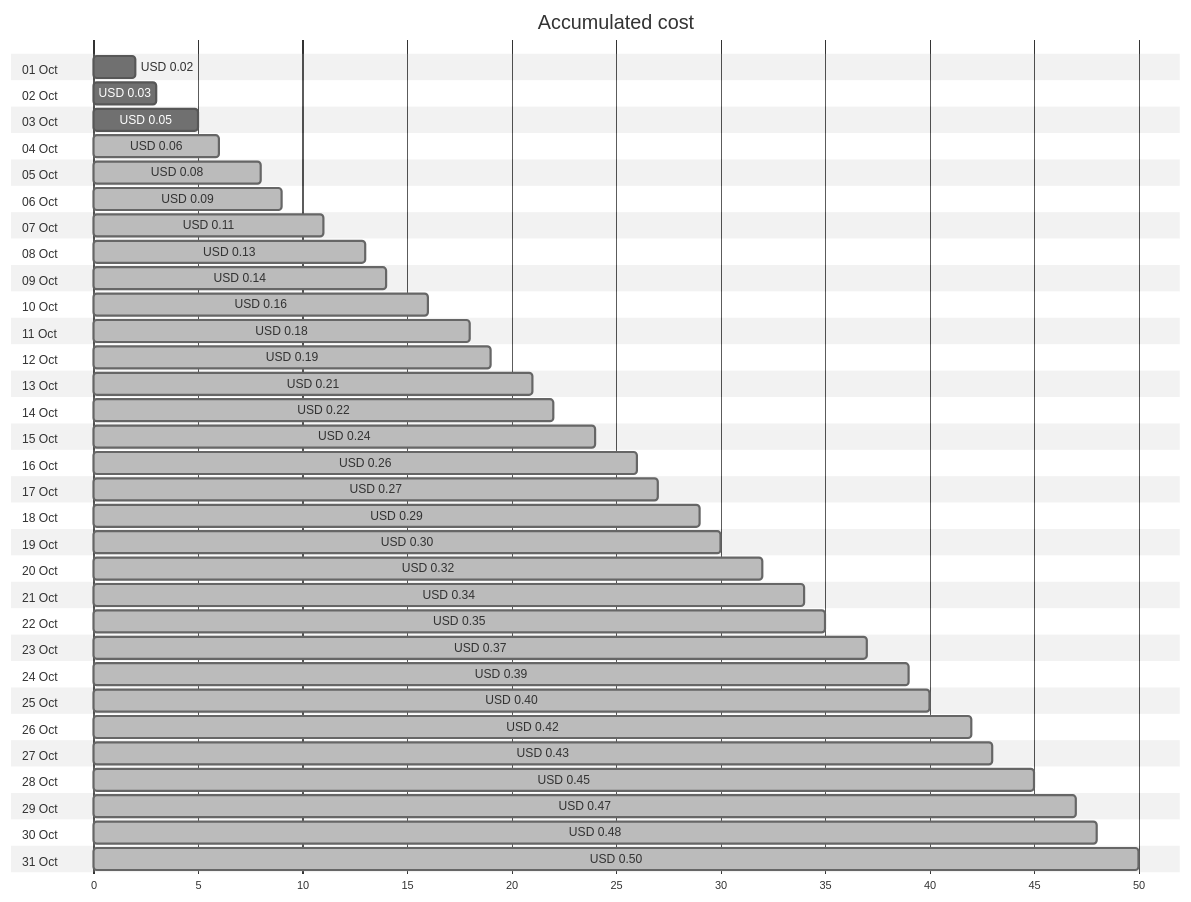
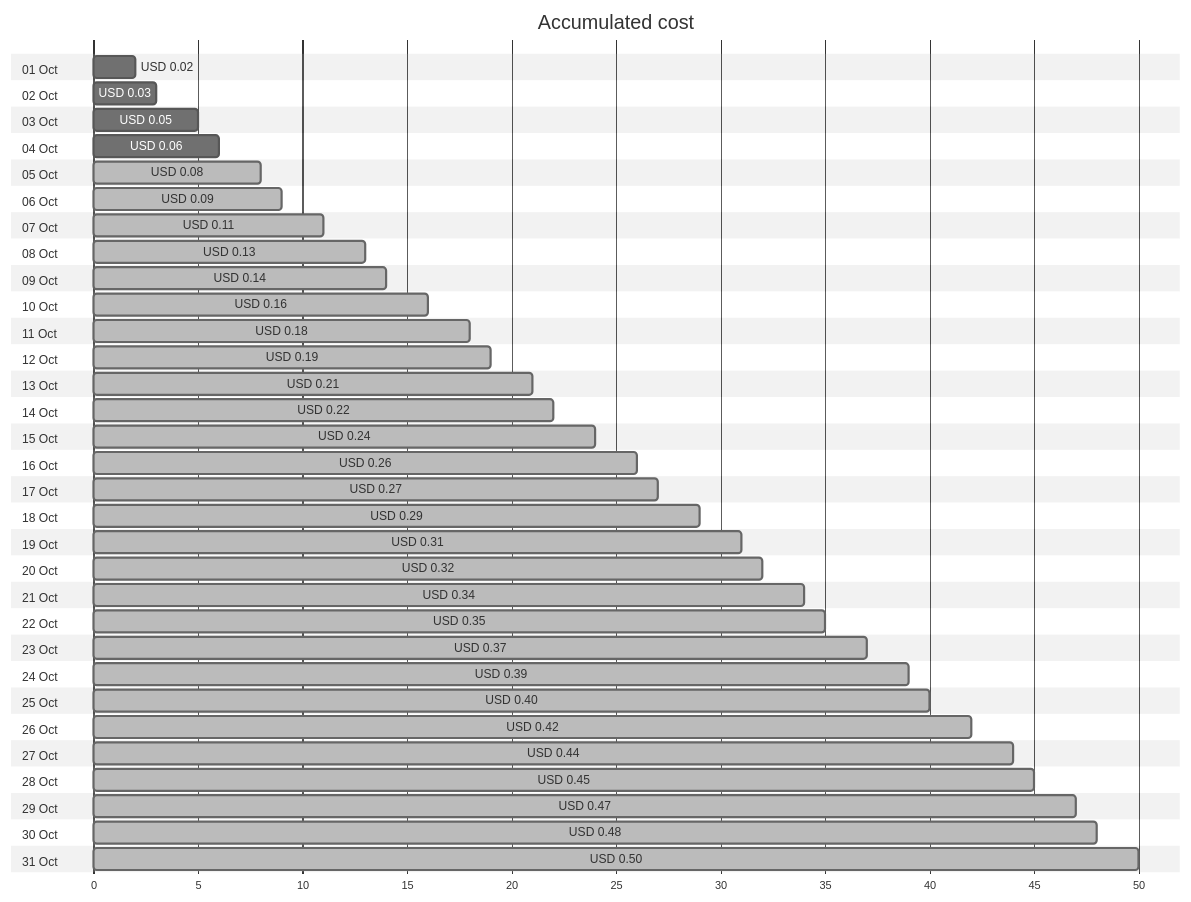
One commit to jpfulton/azure-personal-reports changed the first of 4 diagrams in cost-reports/personal-network/private.jpatrickfulton.com.md. Above: the diagram before and after it, drawn with Mermaid (neutral theme). The commit also changed other lines of this file and 8 other files, not shown here.

````diff
--- a/cost-reports/personal-network/private.jpatrickfulton.com.md
+++ b/cost-reports/personal-network/private.jpatrickfulton.com.md
@@ -20,68 +20,68 @@
 ```mermaid
 gantt
    title Accumulated cost
    dateFormat  X
    axisFormat %s
    section 01 Oct
    USD 0.02 :0, 2
    section 02 Oct
    USD 0.03 :0, 3
    section 03 Oct
    USD 0.05 :0, 5
    section 04 Oct
-   USD 0.06 : done, 0, 6
+   USD 0.06 :0, 6
    section 05 Oct
    USD 0.08 : done, 0, 8
    section 06 Oct
    USD 0.09 : done, 0, 9
    section 07 Oct
    USD 0.11 : done, 0, 11
    section 08 Oct
    USD 0.13 : done, 0, 13
    section 09 Oct
    USD 0.14 : done, 0, 14
    section 10 Oct
    USD 0.16 : done, 0, 16
    section 11 Oct
    USD 0.18 : done, 0, 18
    section 12 Oct
    USD 0.19 : done, 0, 19
    section 13 Oct
    USD 0.21 : done, 0, 21
    section 14 Oct
    USD 0.22 : done, 0, 22
    section 15 Oct
    USD 0.24 : done, 0, 24
    section 16 Oct
    USD 0.26 : done, 0, 26
    section 17 Oct
    USD 0.27 : done, 0, 27
    section 18 Oct
    USD 0.29 : done, 0, 29
    section 19 Oct
-   USD 0.30 : done, 0, 30
+   USD 0.31 : done, 0, 31
    section 20 Oct
    USD 0.32 : done, 0, 32
    section 21 Oct
    USD 0.34 : done, 0, 34
    section 22 Oct
    USD 0.35 : done, 0, 35
    section 23 Oct
    USD 0.37 : done, 0, 37
    section 24 Oct
    USD 0.39 : done, 0, 39
    section 25 Oct
    USD 0.40 : done, 0, 40
    section 26 Oct
    USD 0.42 : done, 0, 42
    section 27 Oct
-   USD 0.43 : done, 0, 43
+   USD 0.44 : done, 0, 44
    section 28 Oct
    USD 0.45 : done, 0, 45
    section 29 Oct
    USD 0.47 : done, 0, 47
    section 30 Oct
    USD 0.48 : done, 0, 48
    section 31 Oct
    USD 0.50 : done, 0, 50
 ```
````
